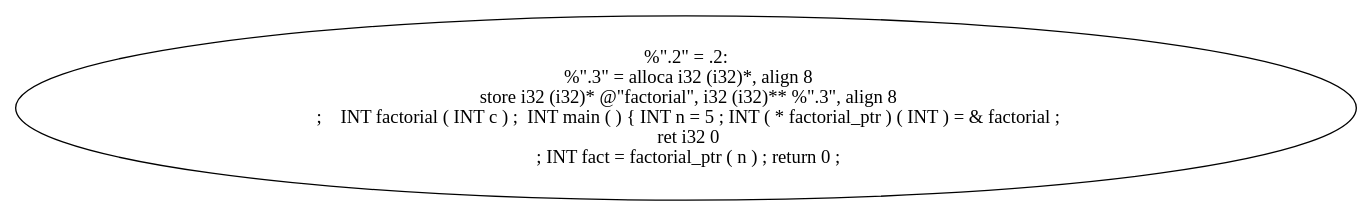
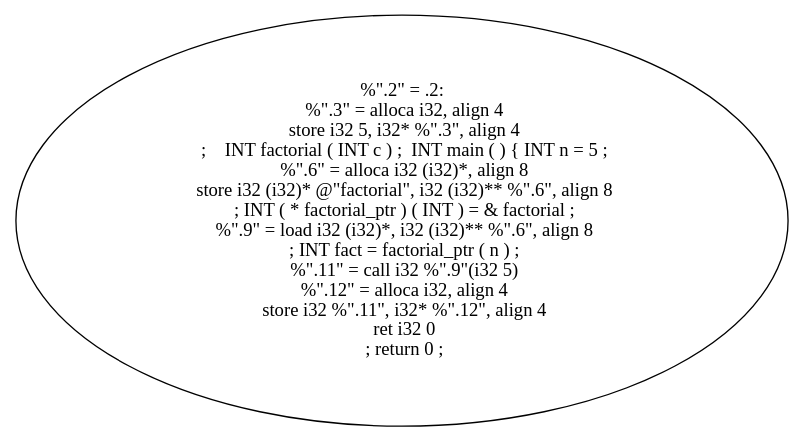
Before and after one commit to Are-you-listening/Compilers: the diagram in example_source_files/47_function_pointer/47_function_pointer_cfg_main.dot, drawn with Graphviz. The commit also changed 413 other files, not shown here.

```diff
--- a/example_source_files/47_function_pointer/47_function_pointer_cfg_main.dot
+++ b/example_source_files/47_function_pointer/47_function_pointer_cfg_main.dot
@@ -1,8 +1,16 @@
 digraph AST {
-  "138081630374928" [label="%\".2\" = .2:
-  %\".3\" = alloca i32 (i32)*, align 8
-  store i32 (i32)* @\"factorial\", i32 (i32)** %\".3\", align 8
-  ;    INT factorial ( INT c ) ;  INT main ( ) { INT n = 5 ; INT ( * factorial_ptr ) ( INT ) = & factorial ;
+  "131879696008432" [label="%\".2\" = .2:
+  %\".3\" = alloca i32, align 4
+  store i32 5, i32* %\".3\", align 4
+  ;    INT factorial ( INT c ) ;  INT main ( ) { INT n = 5 ;
+  %\".6\" = alloca i32 (i32)*, align 8
+  store i32 (i32)* @\"factorial\", i32 (i32)** %\".6\", align 8
+  ; INT ( * factorial_ptr ) ( INT ) = & factorial ;
+  %\".9\" = load i32 (i32)*, i32 (i32)** %\".6\", align 8
+  ; INT fact = factorial_ptr ( n ) ;
+  %\".11\" = call i32 %\".9\"(i32 5)
+  %\".12\" = alloca i32, align 4
+  store i32 %\".11\", i32* %\".12\", align 4
   ret i32 0
-  ; INT fact = factorial_ptr ( n ) ; return 0 ;"];
+  ; return 0 ;"];
 }
```
